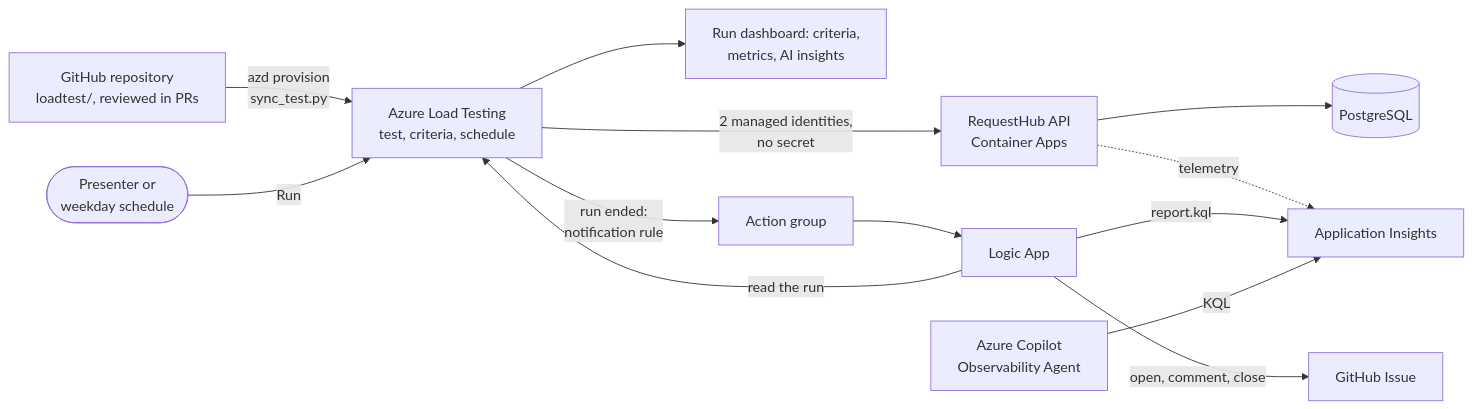
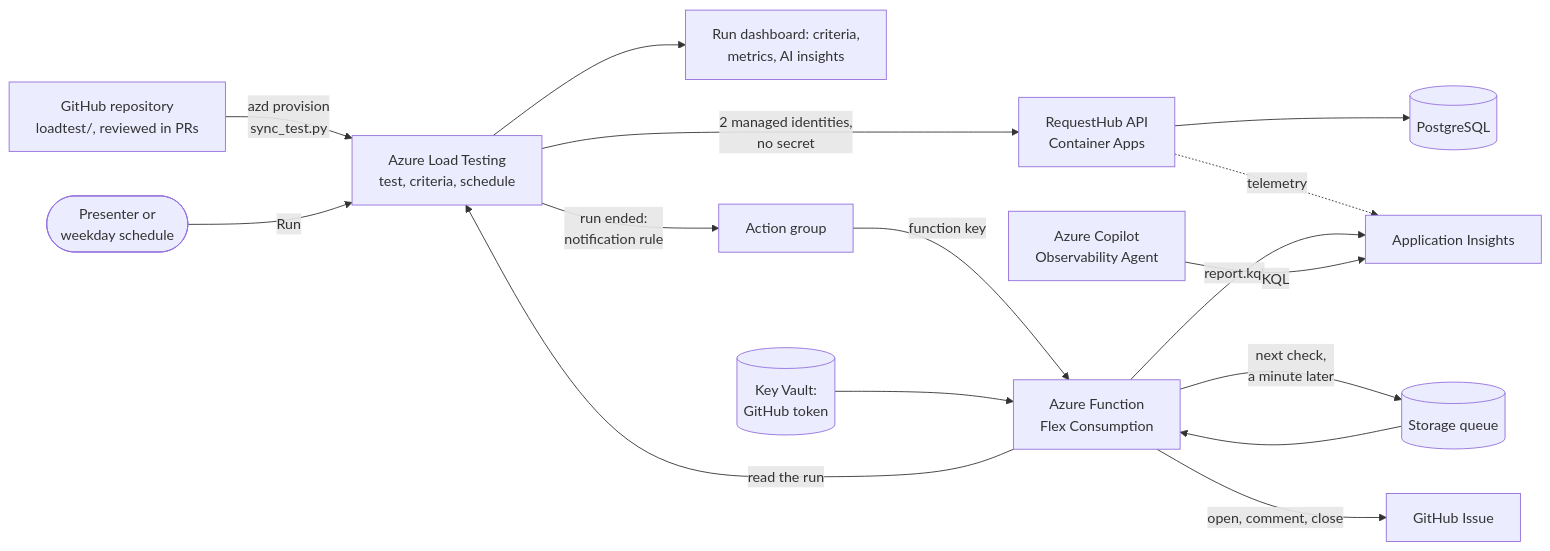
The diagram in solutions/04-test-microsoft/README.md (melabadi/adept-assessment-northstars), drawn with Mermaid before and after one commit. The commit also changed other lines of this file and 35 other files, not shown here.

````diff
--- a/solutions/04-test-microsoft/README.md
+++ b/solutions/04-test-microsoft/README.md
@@ -23,15 +23,18 @@
 ```mermaid
 flowchart LR
   repo[GitHub repository<br/>loadtest/, reviewed in PRs] -->|azd provision<br/>sync_test.py| alt[Azure Load Testing<br/>test, criteria, schedule]
   who([Presenter or<br/>weekday schedule]) -->|Run| alt
   alt -->|2 managed identities,<br/>no secret| api[RequestHub API<br/>Container Apps]
   api --> db[(PostgreSQL)]
   api -. telemetry .-> appi[Application Insights]
   alt --> dash[Run dashboard: criteria,<br/>metrics, AI insights]
   alt -->|run ended:<br/>notification rule| ag[Action group]
-  ag --> la[Logic App]
-  la -->|read the run| alt
-  la -->|report.kql| appi
-  la -->|open, comment, close| issue[GitHub Issue]
+  ag -->|function key| fn[Azure Function<br/>Flex Consumption]
+  fn -->|next check,<br/>a minute later| q[(Storage queue)]
+  q --> fn
+  kv[(Key Vault:<br/>GitHub token)] --> fn
+  fn -->|read the run| alt
+  fn -->|report.kql| appi
+  fn -->|open, comment, close| issue[GitHub Issue]
   agent[Azure Copilot<br/>Observability Agent] -->|KQL| appi
 ```
````
